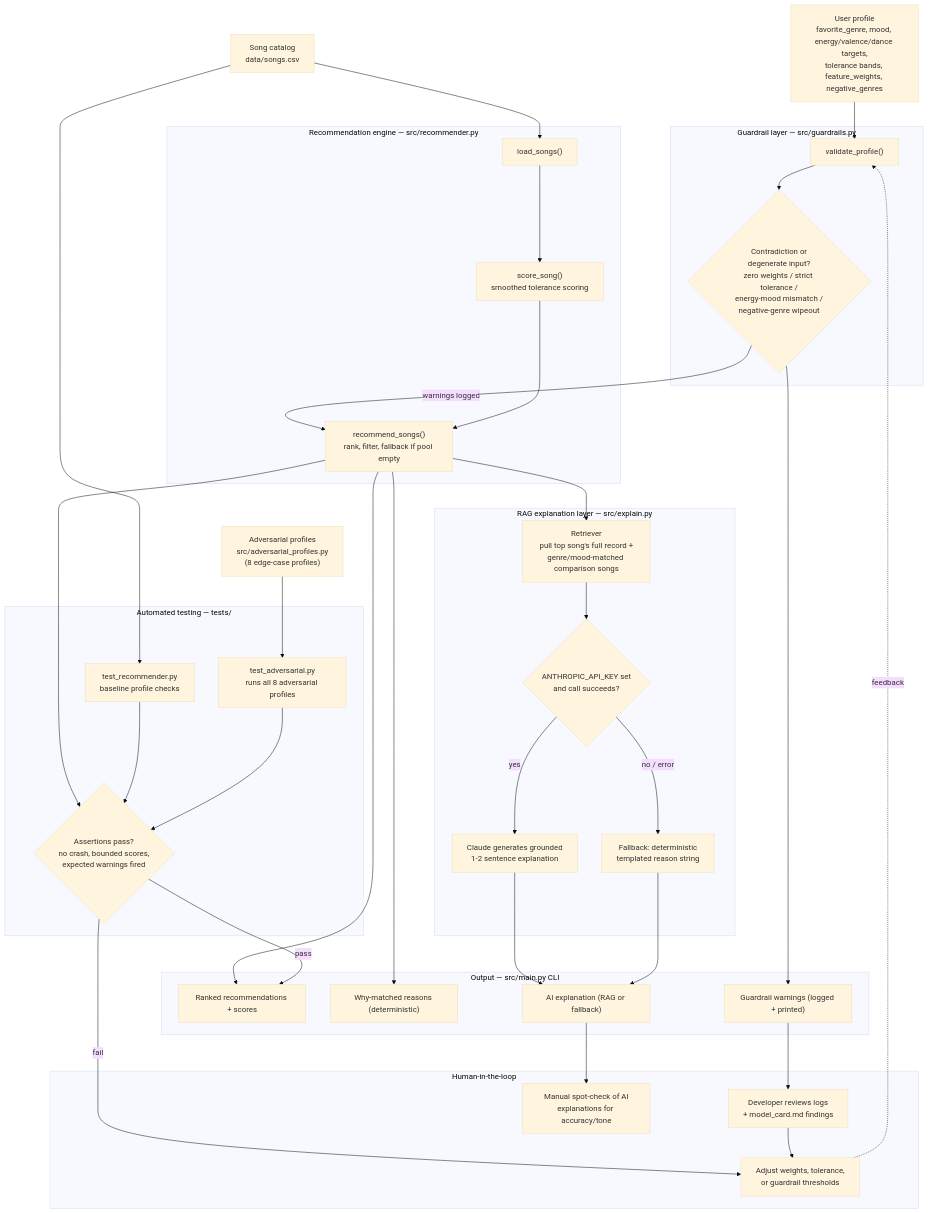
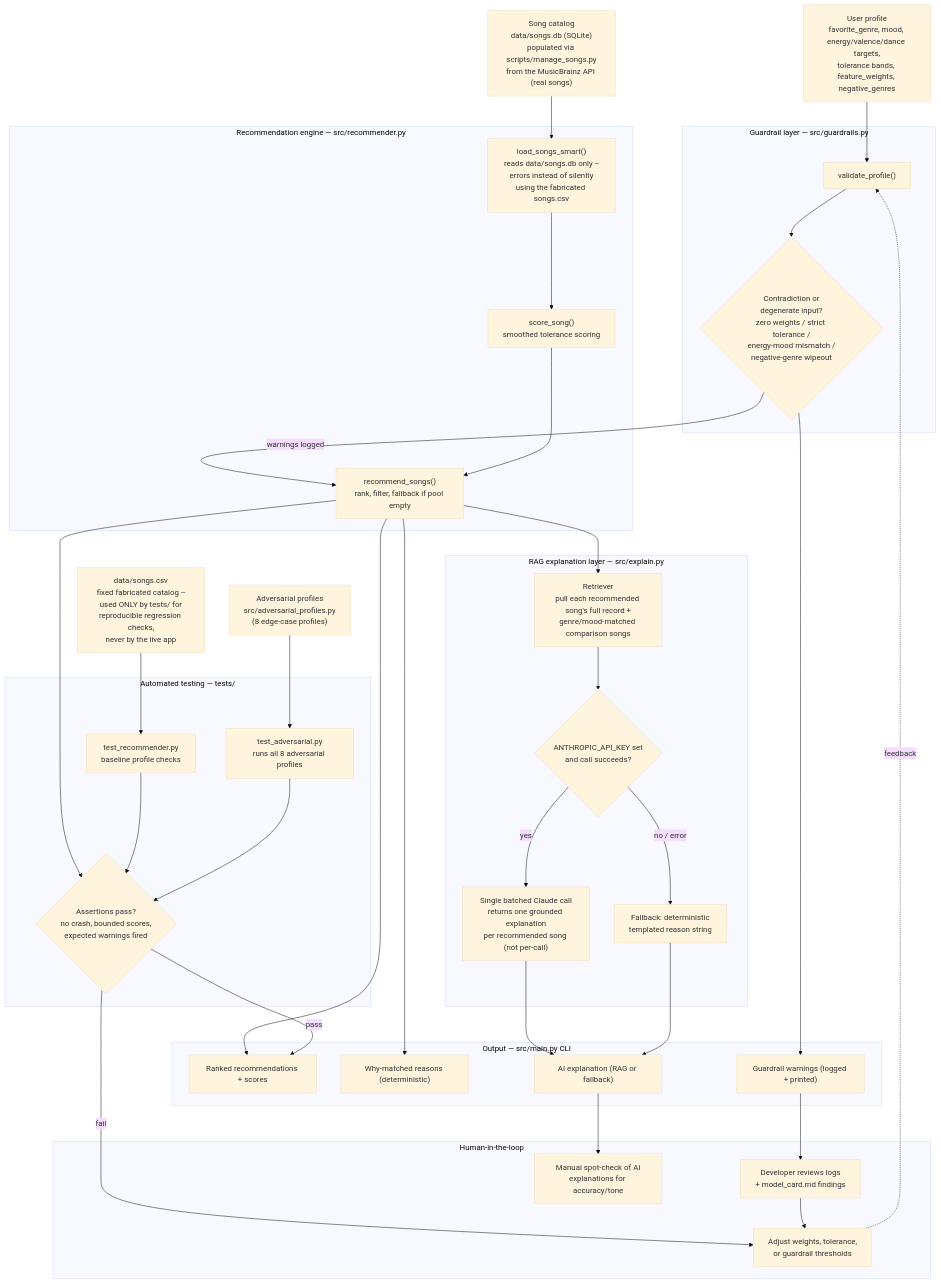
The diagram in system_diagram.md (AndysBoot/applied-ai-system-project), drawn with Mermaid (base theme) before and after one commit. The commit also changed other lines of this file and 14 other files, not shown here.

````diff
--- a/system_diagram.md
+++ b/system_diagram.md
@@ -7,71 +7,72 @@
 ```mermaid
 flowchart TD
     A1["User profile<br/>favorite_genre, mood, energy/valence/dance targets,<br/>tolerance bands, feature_weights, negative_genres"]
-    A2["Song catalog<br/>data/songs.csv"]
+    A2["Song catalog<br/>data/songs.db (SQLite)<br/>populated via scripts/manage_songs.py<br/>from the MusicBrainz API (real songs)"]
     A3["Adversarial profiles<br/>src/adversarial_profiles.py<br/>(8 edge-case profiles)"]
+    A4["data/songs.csv<br/>fixed fabricated catalog --<br/>used ONLY by tests/ for<br/>reproducible regression checks,<br/>never by the live app"]
 
     subgraph GUARD["Guardrail layer — src/guardrails.py"]
         B1["validate_profile()"]
         B2{"Contradiction or<br/>degenerate input?<br/>zero weights / strict tolerance /<br/>energy-mood mismatch /<br/>negative-genre wipeout"}
     end
 
     subgraph CORE["Recommendation engine — src/recommender.py"]
-        C1["load_songs()"]
+        C1["load_songs_smart()<br/>reads data/songs.db only --<br/>errors instead of silently<br/>using the fabricated songs.csv"]
         C2["score_song()<br/>smoothed tolerance scoring"]
         C3["recommend_songs()<br/>rank, filter, fallback if pool empty"]
     end
 
     subgraph RAG["RAG explanation layer — src/explain.py"]
-        D1["Retriever<br/>pull top song's full record +<br/>genre/mood-matched comparison songs"]
+        D1["Retriever<br/>pull each recommended song's full record +<br/>genre/mood-matched comparison songs"]
         D2{"ANTHROPIC_API_KEY set<br/>and call succeeds?"}
-        D3["Claude generates grounded<br/>1-2 sentence explanation"]
+        D3["Single batched Claude call<br/>returns one grounded explanation<br/>per recommended song (not per-call)"]
         D4["Fallback: deterministic<br/>templated reason string"]
     end
 
     subgraph OUT["Output — src/main.py CLI"]
         E1["Ranked recommendations + scores"]
         E2["Why-matched reasons (deterministic)"]
         E3["AI explanation (RAG or fallback)"]
         E4["Guardrail warnings (logged + printed)"]
     end
 
     subgraph TEST["Automated testing — tests/"]
         F1["test_recommender.py<br/>baseline profile checks"]
         F2["test_adversarial.py<br/>runs all 8 adversarial profiles"]
         F3{"Assertions pass?<br/>no crash, bounded scores,<br/>expected warnings fired"}
     end
 
     subgraph HUMAN["Human-in-the-loop"]
         G1["Developer reviews logs<br/>+ model_card.md findings"]
         G2["Manual spot-check of AI<br/>explanations for accuracy/tone"]
         G3["Adjust weights, tolerance,<br/>or guardrail thresholds"]
     end
 
     A1 --> B1
     A2 --> C1
     B1 --> B2
     B2 -->|warnings logged| C3
     C1 --> C2 --> C3
     C3 --> D1
     D1 --> D2
     D2 -->|yes| D3
     D2 -->|no / error| D4
     D3 --> E3
     D4 --> E3
     C3 --> E1
     C3 --> E2
     B2 --> E4
 
     A3 --> F2
-    A2 --> F1
+    A4 --> F1
     C3 --> F3
     F1 --> F3
     F2 --> F3
     F3 -->|fail| G3
     F3 -->|pass| E1
 
     E3 --> G2
     E4 --> G1
     G1 --> G3
     G3 -.feedback.-> B1
 ```
````
